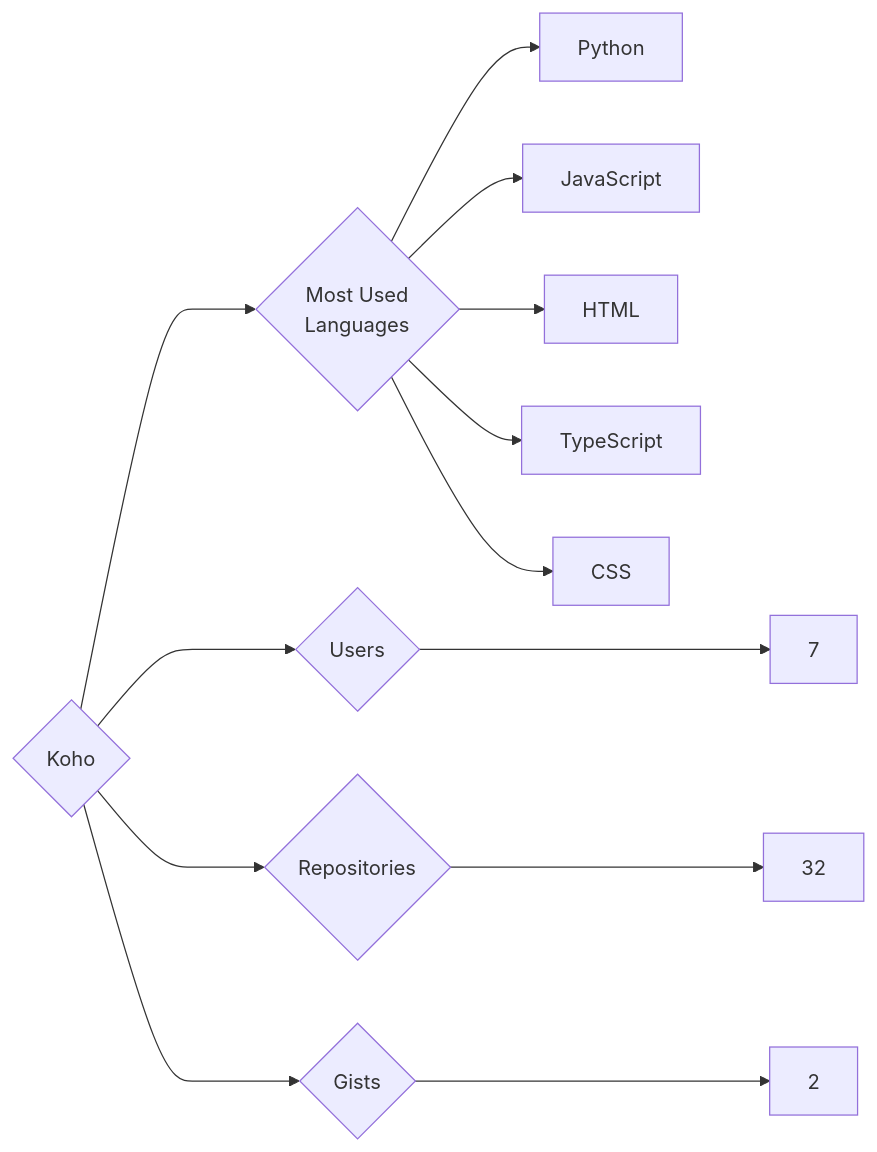
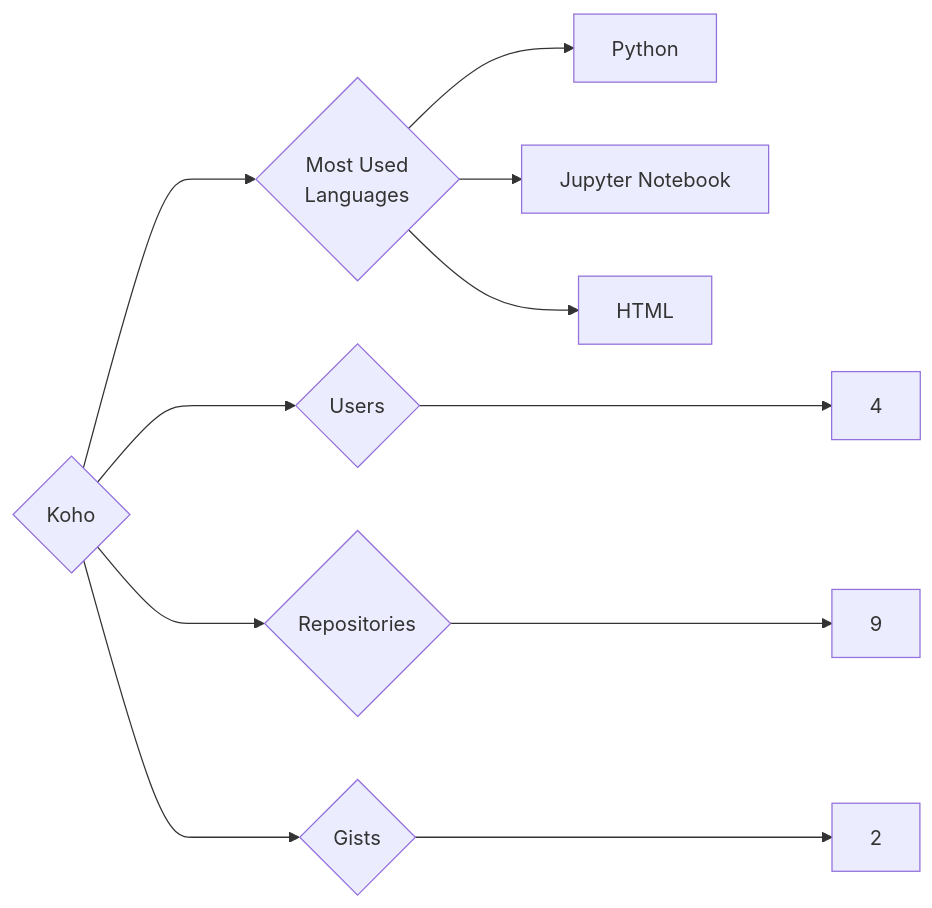
One commit to trickest/insiders changed the diagram in targets/Koho/README.md. Above: the diagram before and after it, drawn with Mermaid. The commit also changed 1389 other files, not shown here.

````diff
--- a/targets/Koho/README.md
+++ b/targets/Koho/README.md
@@ -3,13 +3,11 @@
 ```mermaid
 graph LR
 COMPANY_NAME{Koho}
-COMPANY_NAME ---> U{Users} ---> UN[7]
-COMPANY_NAME ---> R{Repositories} ---> RN[32]
+COMPANY_NAME ---> U{Users} ---> UN[4]
+COMPANY_NAME ---> R{Repositories} ---> RN[9]
 COMPANY_NAME ---> G{Gists} ---> GN[2]
 COMPANY_NAME ---> ML{Most Used<br>Languages}
 ML --> Python[Python]
-ML --> JavaScript[JavaScript]
+ML --> Jupyter_Notebook[Jupyter Notebook]
 ML --> HTML[HTML]
-ML --> TypeScript[TypeScript]
-ML --> CSS[CSS]
 ```
````
